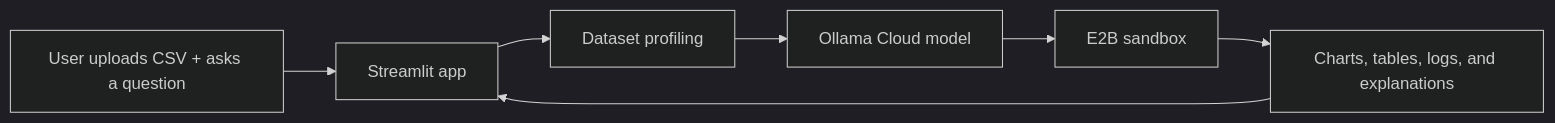
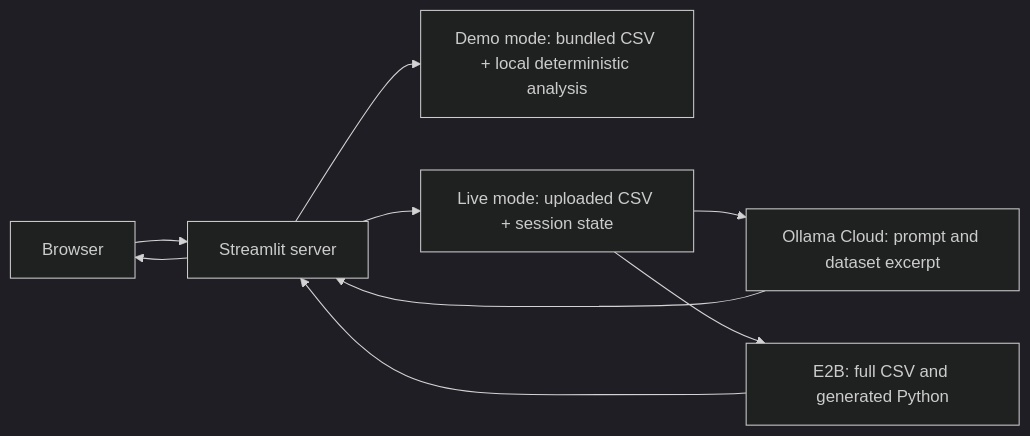
The diagram in README.md (Vidhivk99/Data-Visualization-Agent), drawn with Mermaid (dark theme) before and after one commit. The commit also changed other lines of this file and 10 other files, not shown here.

Commit message:
feat: add safe public demo mode (#2)

````diff
--- a/README.md
+++ b/README.md
@@ -55,9 +25,11 @@
 ```mermaid
 flowchart LR
-    U["User uploads CSV + asks a question"] --> S["Streamlit app"]
-    S --> P["Dataset profiling"]
-    P --> T["Ollama Cloud model"]
-    T --> E["E2B sandbox"]
-    E --> R["Charts, tables, logs, and explanations"]
-    R --> S
+    U["Browser"] --> S["Streamlit server"]
+    S --> D["Demo mode: bundled CSV + local deterministic analysis"]
+    S --> L["Live mode: uploaded CSV + session state"]
+    L --> O["Ollama Cloud: prompt and dataset excerpt"]
+    O --> S
+    L --> E["E2B: full CSV and generated Python"]
+    E --> S
+    S --> U
 ```
````
